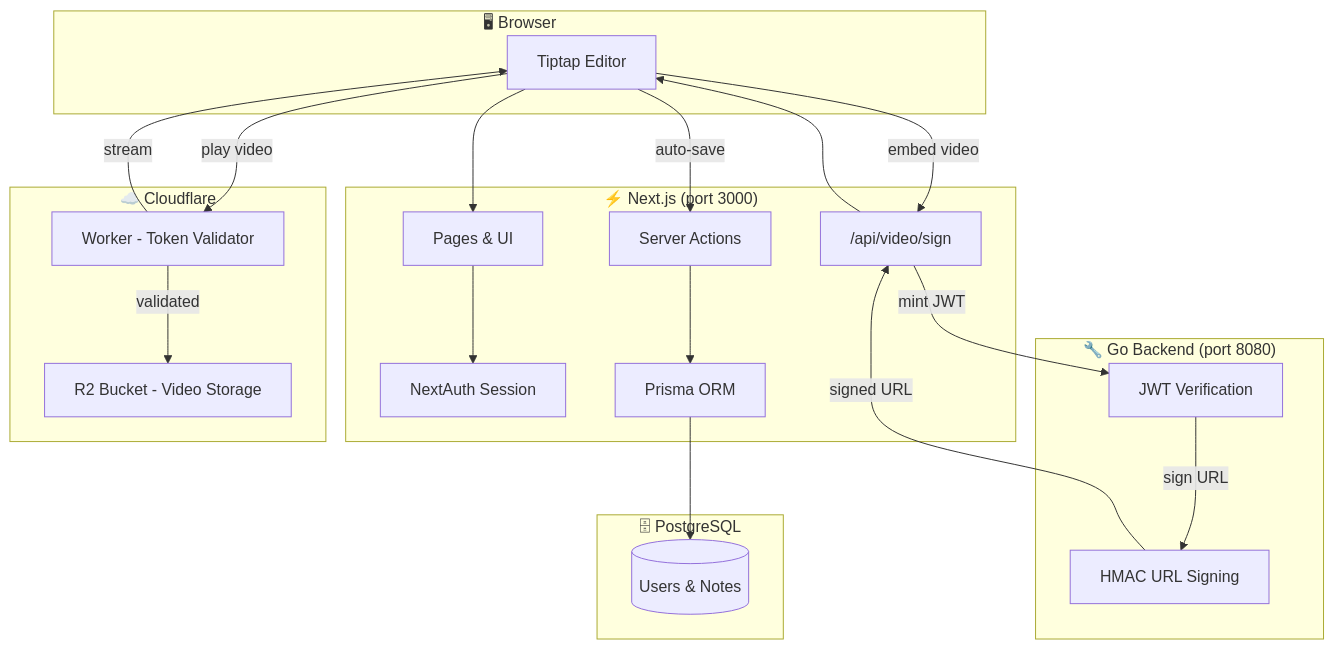
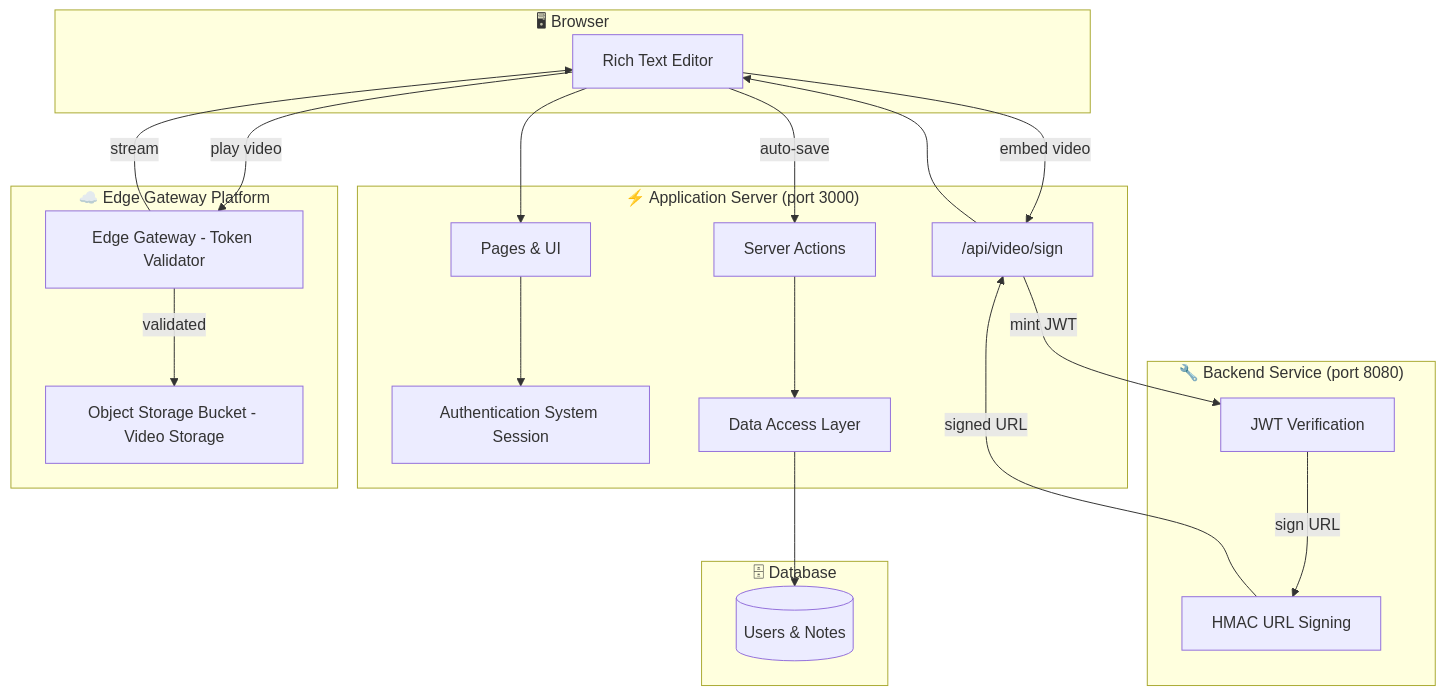
The first of 6 diagrams in README (1).md (aloshy0/S4), drawn with Mermaid before and after one commit. The commit also changed other lines of this file, not shown here.

````diff
--- a/README (1).md
+++ b/README (1).md
@@ -11,40 +11,40 @@
 ```mermaid
 graph TB
     subgraph Client["🖥 Browser"]
-        A[Tiptap Editor]
+        A[Rich Text Editor]
     end
 
-    subgraph NextJS["⚡ Next.js (port 3000)"]
+    subgraph AppServer["⚡ Application Server (port 3000)"]
         B[Pages & UI]
-        C[NextAuth Session]
+        C[Authentication System Session]
         D["/api/video/sign"]
         E[Server Actions]
-        F[Prisma ORM]
+        F[Data Access Layer]
     end
 
-    subgraph Go["🔧 Go Backend (port 8080)"]
+    subgraph Backend["🔧 Backend Service (port 8080)"]
         G[JWT Verification]
         H[HMAC URL Signing]
     end
 
-    subgraph CF["☁️ Cloudflare"]
-        I[Worker - Token Validator]
-        J[R2 Bucket - Video Storage]
+    subgraph Gateway["☁️ Edge Gateway Platform"]
+        I[Edge Gateway - Token Validator]
+        J[Object Storage Bucket - Video Storage]
     end
 
-    subgraph DB["🗄 PostgreSQL"]
+    subgraph DB["🗄 Database"]
         K[(Users & Notes)]
     end
 
     A --> B
     B --> C
     A -- "auto-save" --> E
     E --> F --> K
     A -- "embed video" --> D
     D -- "mint JWT" --> G
     G -- "sign URL" --> H
     H -- "signed URL" --> D --> A
     A -- "play video" --> I
     I -- "validated" --> J
     I -- "stream" --> A
 ```
````
